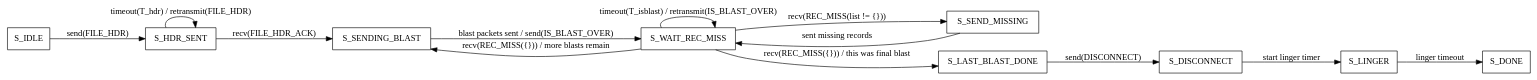
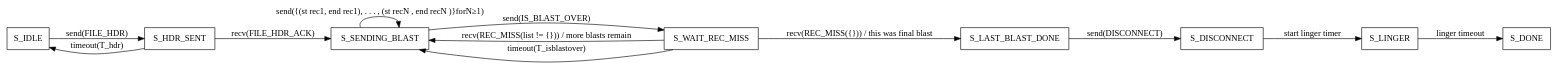
The diagram in Networks/fft/sender.dot (Vaibhav-Sonkusare/MTech_Labs), drawn with Graphviz before and after one commit. The commit also changed 4 other files, not shown here.

```diff
--- a/Networks/fft/sender.dot
+++ b/Networks/fft/sender.dot
@@ -1,21 +1,20 @@
 digraph SenderFSM {
   rankdir=LR;
   node [shape=box];
 
   S_IDLE -> S_HDR_SENT [label="send(FILE_HDR)"];
-  S_HDR_SENT -> S_HDR_SENT [label="timeout(T_hdr) / retransmit(FILE_HDR)"];
+  S_HDR_SENT -> S_IDLE [label="timeout(T_hdr)"];
   S_HDR_SENT -> S_SENDING_BLAST [label="recv(FILE_HDR_ACK)"];
 
-  S_SENDING_BLAST -> S_WAIT_REC_MISS [label="blast packets sent / send(IS_BLAST_OVER)"];
+  S_SENDING_BLAST -> S_SENDING_BLAST [label="send({(st rec1, end rec1), . . . , (st recN , end recN )}forN≥1)"];
 
-  S_WAIT_REC_MISS -> S_SEND_MISSING [label="recv(REC_MISS(list != {}))"];
-  S_WAIT_REC_MISS -> S_SENDING_BLAST [label="recv(REC_MISS({})) / more blasts remain"];
+  S_SENDING_BLAST -> S_WAIT_REC_MISS [label="send(IS_BLAST_OVER)"];
+
+  S_WAIT_REC_MISS -> S_SENDING_BLAST [label="recv(REC_MISS(list != {})) / more blasts remain"];
   S_WAIT_REC_MISS -> S_LAST_BLAST_DONE [label="recv(REC_MISS({})) / this was final blast"];
-  S_WAIT_REC_MISS -> S_WAIT_REC_MISS [label="timeout(T_isblast) / retransmit(IS_BLAST_OVER)"];
-
-  S_SEND_MISSING -> S_WAIT_REC_MISS [label="sent missing records"];
+  S_WAIT_REC_MISS -> S_SENDING_BLAST [label="timeout(T_isblastover)"];
 
   S_LAST_BLAST_DONE -> S_DISCONNECT [label="send(DISCONNECT)"];
   S_DISCONNECT -> S_LINGER [label="start linger timer"];
   S_LINGER -> S_DONE [label="linger timeout"];
 }
```
